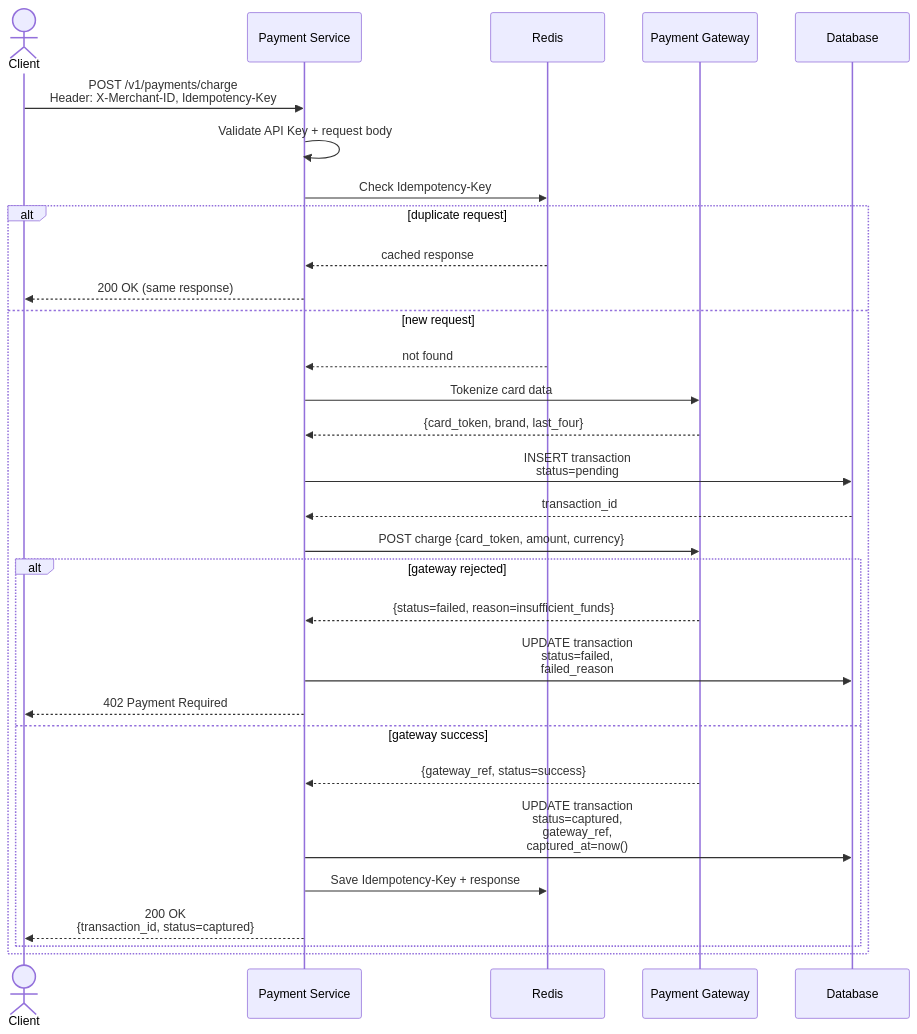
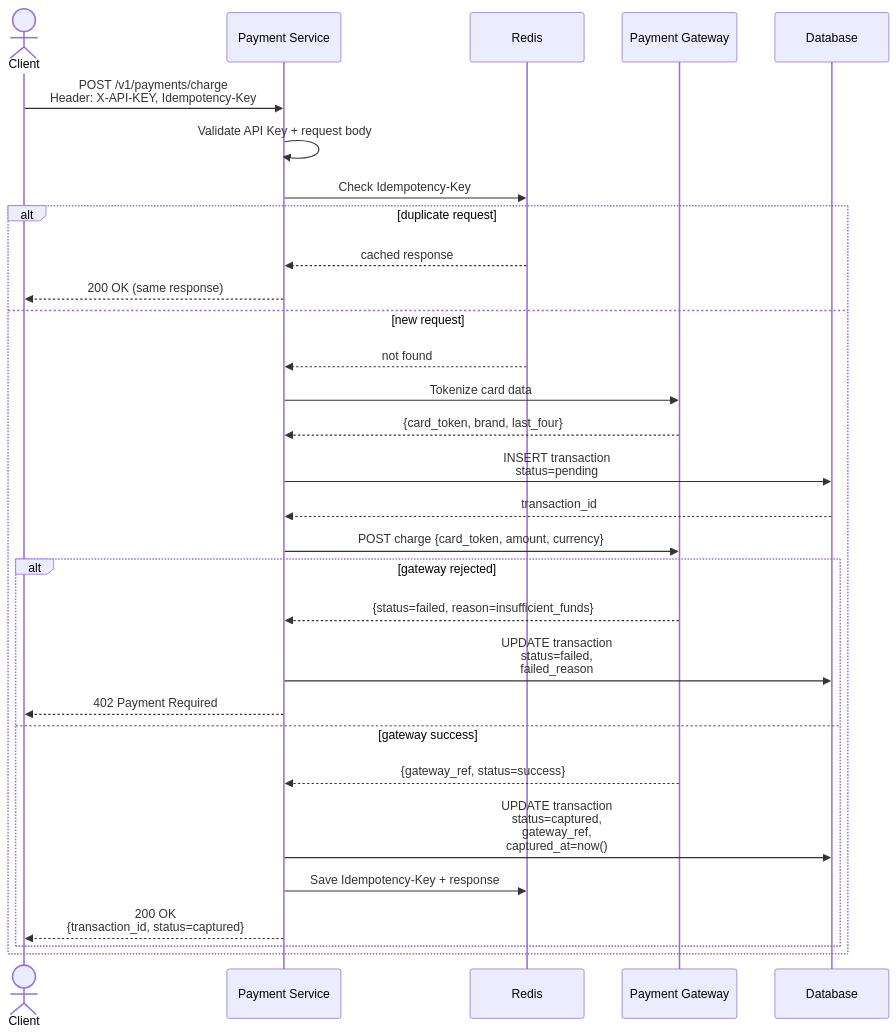
One commit to Noppawat3939/card-payment-service changed the fourth of 7 diagrams in readme.md. Above: the diagram before and after it, drawn with Mermaid. The commit also changed other lines of this file and 15 other files, not shown here.

````diff
--- a/readme.md
+++ b/readme.md
@@ -466,38 +465,38 @@
 ```mermaid
 sequenceDiagram
     actor C as Client
     participant S as Payment Service
     participant R as Redis
     participant GW as Payment Gateway
     participant DB as Database
 
-    C->>S: POST /v1/payments/charge<br/>Header: X-Merchant-ID, Idempotency-Key
+    C->>S: POST /v1/payments/charge<br/>Header: X-API-KEY, Idempotency-Key
     S->>S: Validate API Key + request body
     S->>R: Check Idempotency-Key
 
     alt duplicate request
         R-->>S: cached response
         S-->>C: 200 OK (same response)
     else new request
         R-->>S: not found
 
         S->>GW: Tokenize card data
         GW-->>S: {card_token, brand, last_four}
 
         S->>DB: INSERT transaction<br/>status=pending
         DB-->>S: transaction_id
 
         S->>GW: POST charge {card_token, amount, currency}
 
         alt gateway rejected
             GW-->>S: {status=failed, reason=insufficient_funds}
             S->>DB: UPDATE transaction<br/>status=failed,<br/>failed_reason
             S-->>C: 402 Payment Required
         else gateway success
             GW-->>S: {gateway_ref, status=success}
             S->>DB: UPDATE transaction<br/>status=captured,<br/>gateway_ref,<br/>captured_at=now()
             S->>R: Save Idempotency-Key + response
             S-->>C: 200 OK<br/>{transaction_id, status=captured}
         end
     end
 ```
````
